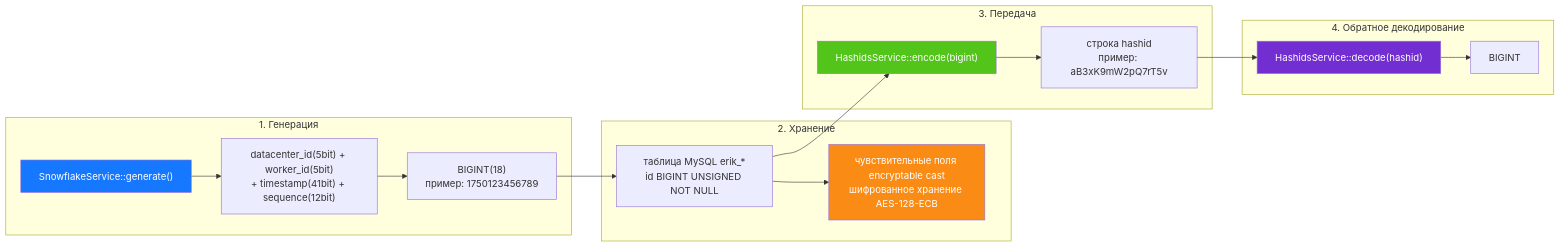
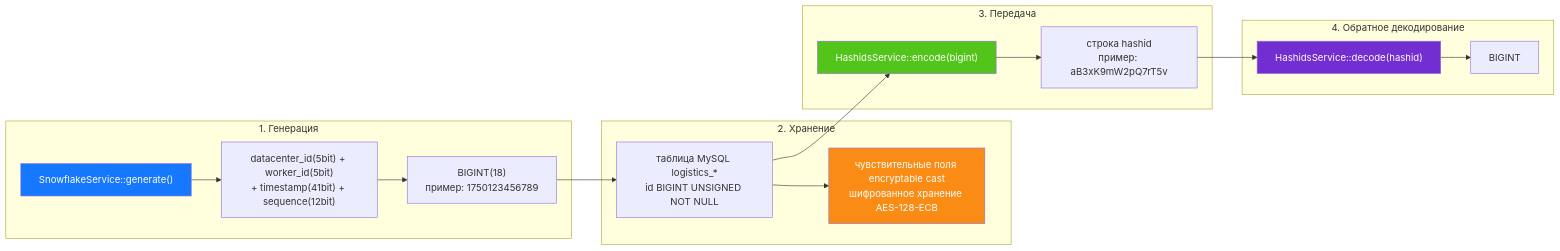
One commit to erikwang2013/integrated-global-logistics changed the diagram in admin/docs/diagrams/06-id-lifecycle.ru.md. Above: the diagram before and after it, drawn with Mermaid. The commit also changed 211 other files, not shown here.

````diff
--- a/admin/docs/diagrams/06-id-lifecycle.ru.md
+++ b/admin/docs/diagrams/06-id-lifecycle.ru.md
@@ -7,32 +7,32 @@
 ```mermaid
 flowchart LR
     subgraph gen["1. Генерация"]
         g1["SnowflakeService::generate()"]
         g2["datacenter_id(5bit) + worker_id(5bit)<br/>+ timestamp(41bit) + sequence(12bit)"]
         g3["BIGINT(18)<br/>пример: 1750123456789"]
         g1 --> g2 --> g3
     end
 
     subgraph store["2. Хранение"]
-        s1["таблица MySQL erik_*<br/>id BIGINT UNSIGNED NOT NULL"]
+        s1["таблица MySQL logistics_*<br/>id BIGINT UNSIGNED NOT NULL"]
         s2["чувствительные поля encryptable cast<br/>шифрованное хранение AES-128-ECB"]
         g3 --> s1 --> s2
     end
 
     subgraph transfer["3. Передача"]
         t1["HashidsService::encode(bigint)"]
         t2["строка hashid<br/>пример: aB3xK9mW2pQ7rT5v"]
         s1 --> t1 --> t2
     end
 
     subgraph reverse["4. Обратное декодирование"]
         r1["HashidsService::decode(hashid)"]
         r2["BIGINT"]
         t2 --> r1 --> r2
     end
 
     style g1 fill:#1677FF,color:#fff
     style s2 fill:#FA8C16,color:#fff
     style t1 fill:#52C41A,color:#fff
     style r1 fill:#722ED1,color:#fff
 ```
````
